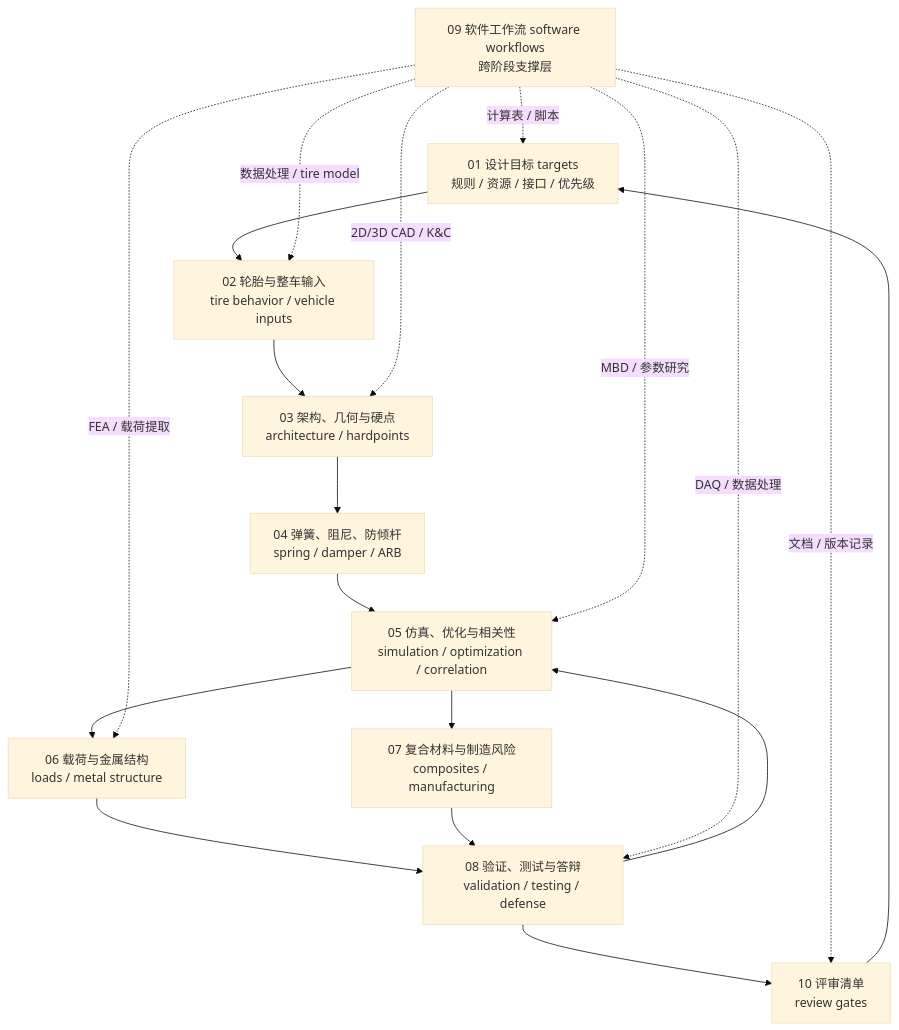
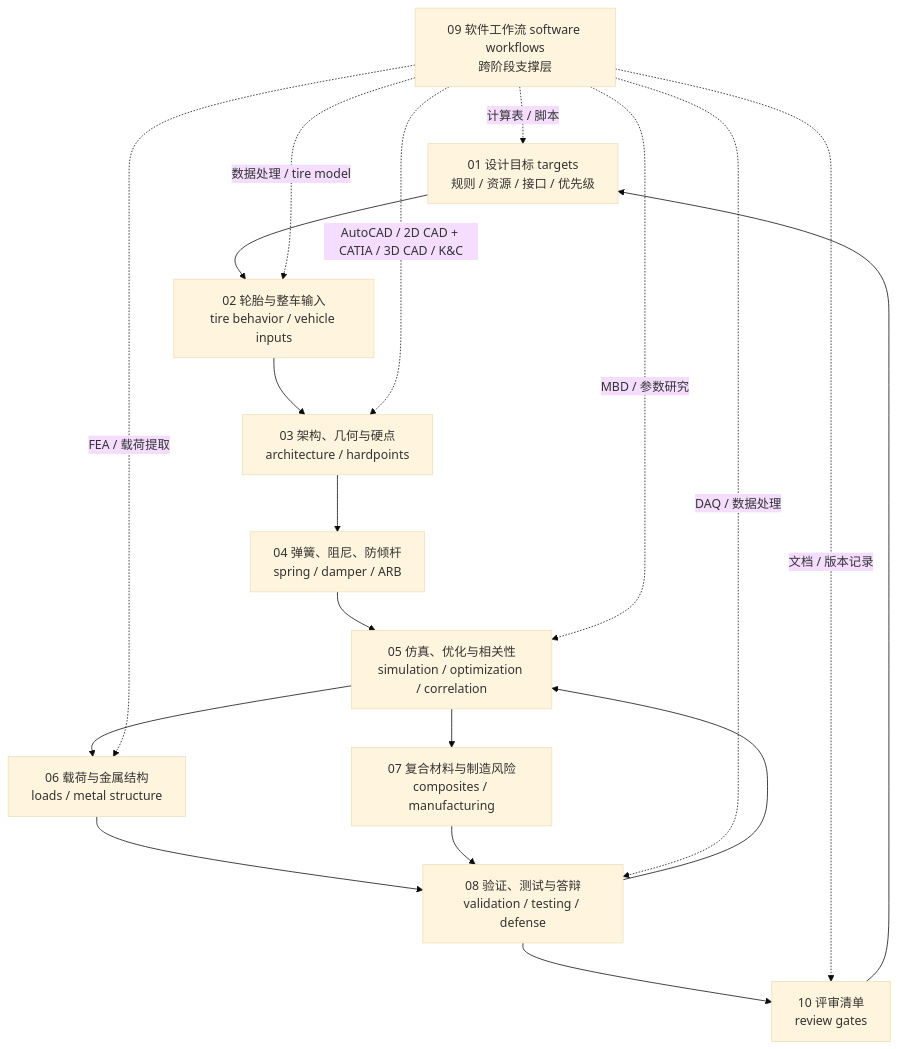
One commit to onebulletkick/suspension_opensource changed the diagram in docs/advanced/README.md. Above: the diagram before and after it, drawn with Mermaid (base theme). The commit also changed other lines of this file and 17 other files, not shown here.

````diff
--- a/docs/advanced/README.md
+++ b/docs/advanced/README.md
@@ -54,21 +64,21 @@
 ```mermaid
 flowchart TD
   A["01 设计目标 targets<br>规则 / 资源 / 接口 / 优先级"] --> B["02 轮胎与整车输入<br>tire behavior / vehicle inputs"]
   B --> C["03 架构、几何与硬点<br>architecture / hardpoints"]
   C --> D["04 弹簧、阻尼、防倾杆<br>spring / damper / ARB"]
   D --> E["05 仿真、优化与相关性<br>simulation / optimization / correlation"]
   E --> F["06 载荷与金属结构<br>loads / metal structure"]
   E --> G["07 复合材料与制造风险<br>composites / manufacturing"]
   F --> H["08 验证、测试与答辩<br>validation / testing / defense"]
   G --> H
   H --> J["10 评审清单<br>review gates"]
   J --> A
   H --> E
   S["09 软件工作流 software workflows<br>跨阶段支撑层"] -. "计算表 / 脚本" .-> A
   S -. "数据处理 / tire model" .-> B
-  S -. "2D/3D CAD / K&C" .-> C
+  S -. "AutoCAD / 2D CAD + CATIA / 3D CAD / K&C" .-> C
   S -. "MBD / 参数研究" .-> E
   S -. "FEA / 载荷提取" .-> F
   S -. "DAQ / 数据处理" .-> H
   S -. "文档 / 版本记录" .-> J
 ```
````
